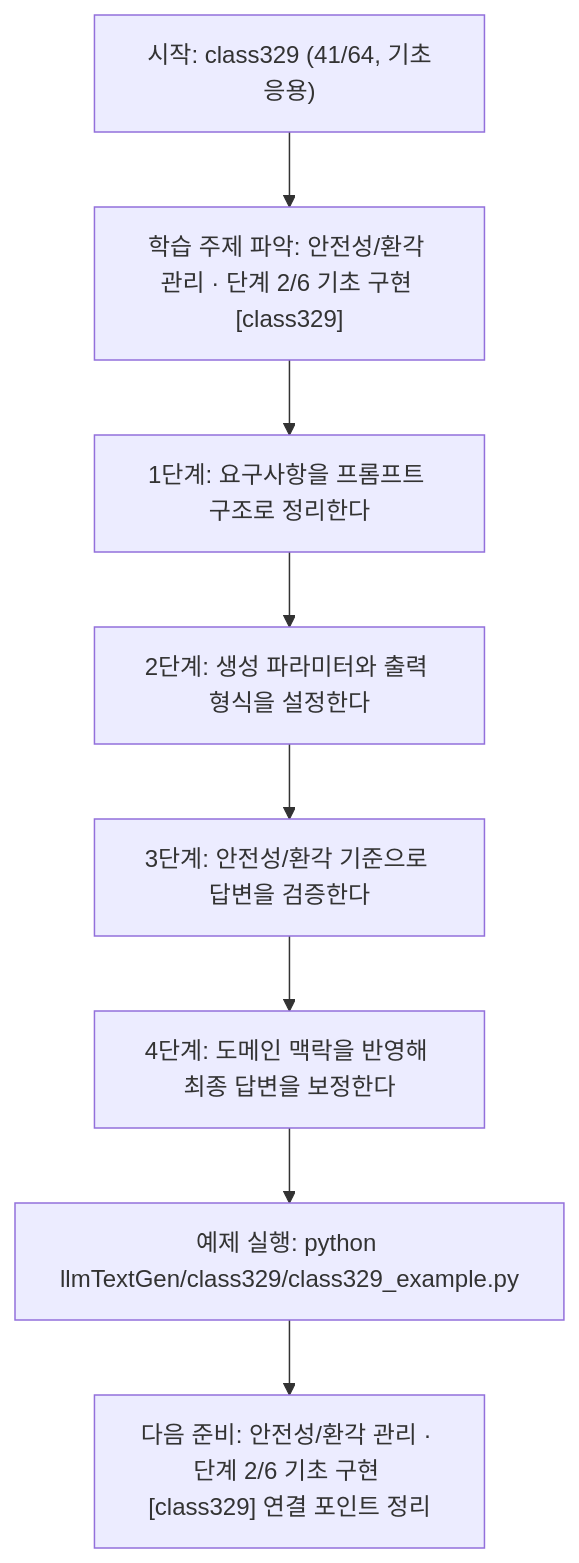
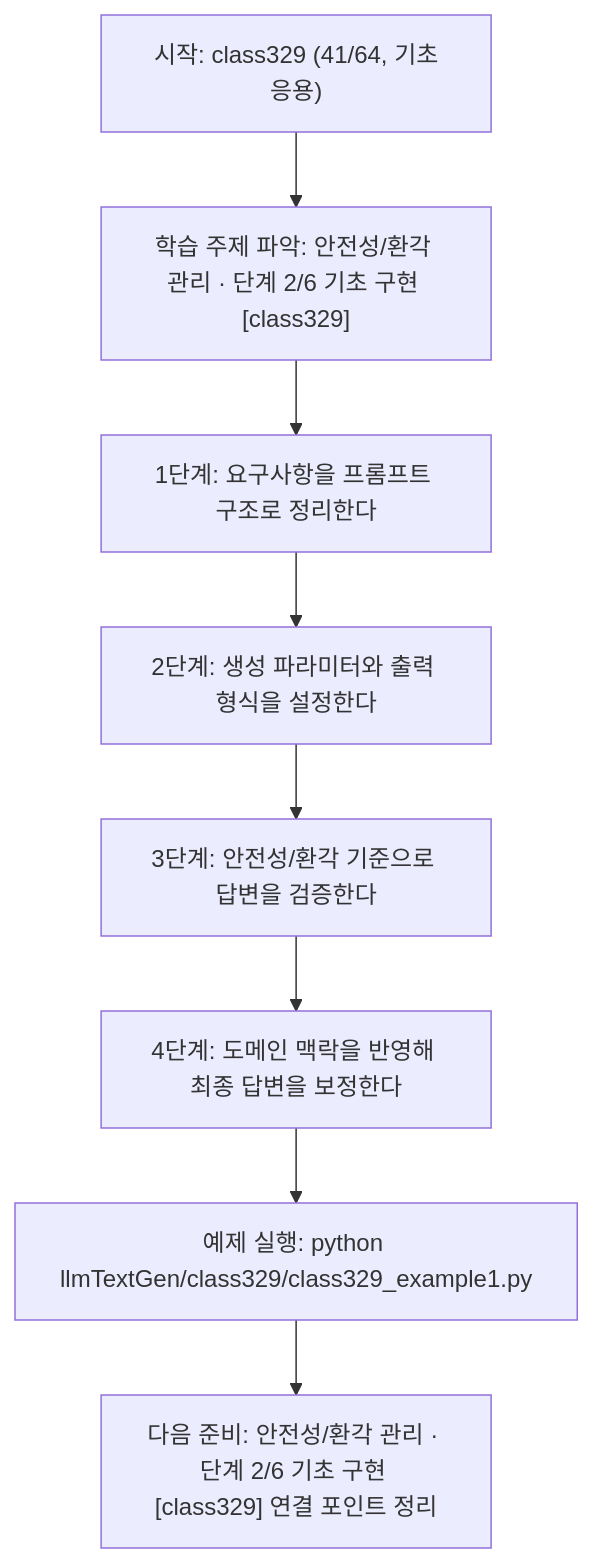
The diagram in llmTextGen/class329/class329.md (edumgt/Python-AI_Agent-Class), drawn with Mermaid before and after one commit. The commit also changed other lines of this file and 2959 other files, not shown here.

````diff
--- a/llmTextGen/class329/class329.md
+++ b/llmTextGen/class329/class329.md
@@ -114,18 +114,18 @@
 ```mermaid
 flowchart TD
 N1["시작: class329 (41/64, 기초응용)"]
 N2["학습 주제 파악: 안전성/환각 관리 · 단계 2/6 기초 구현 [class329]"]
 N3["1단계: 요구사항을 프롬프트 구조로 정리한다"]
 N4["2단계: 생성 파라미터와 출력 형식을 설정한다"]
 N5["3단계: 안전성/환각 기준으로 답변을 검증한다"]
 N6["4단계: 도메인 맥락을 반영해 최종 답변을 보정한다"]
-N7["예제 실행: python llmTextGen/class329/class329_example.py"]
+N7["예제 실행: python llmTextGen/class329/class329_example1.py"]
 N8["다음 준비: 안전성/환각 관리 · 단계 2/6 기초 구현 [class329] 연결 포인트 정리"]
 N1 --> N2
 N2 --> N3
 N3 --> N4
 N4 --> N5
 N5 --> N6
 N6 --> N7
 N7 --> N8
 ```
````
